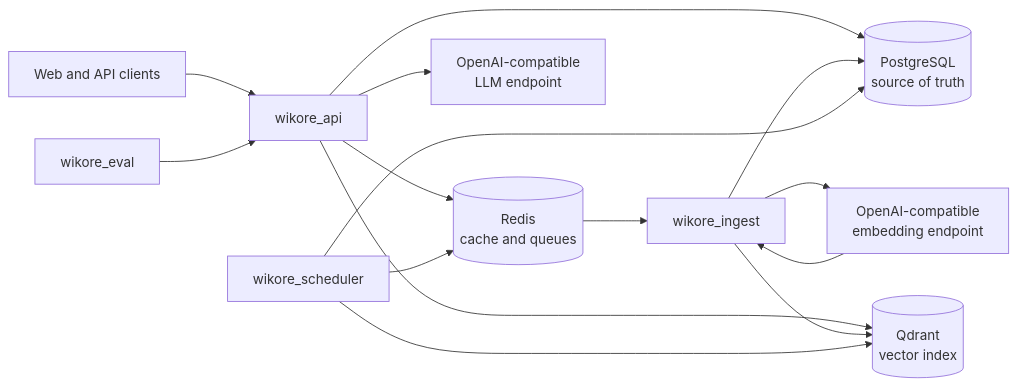
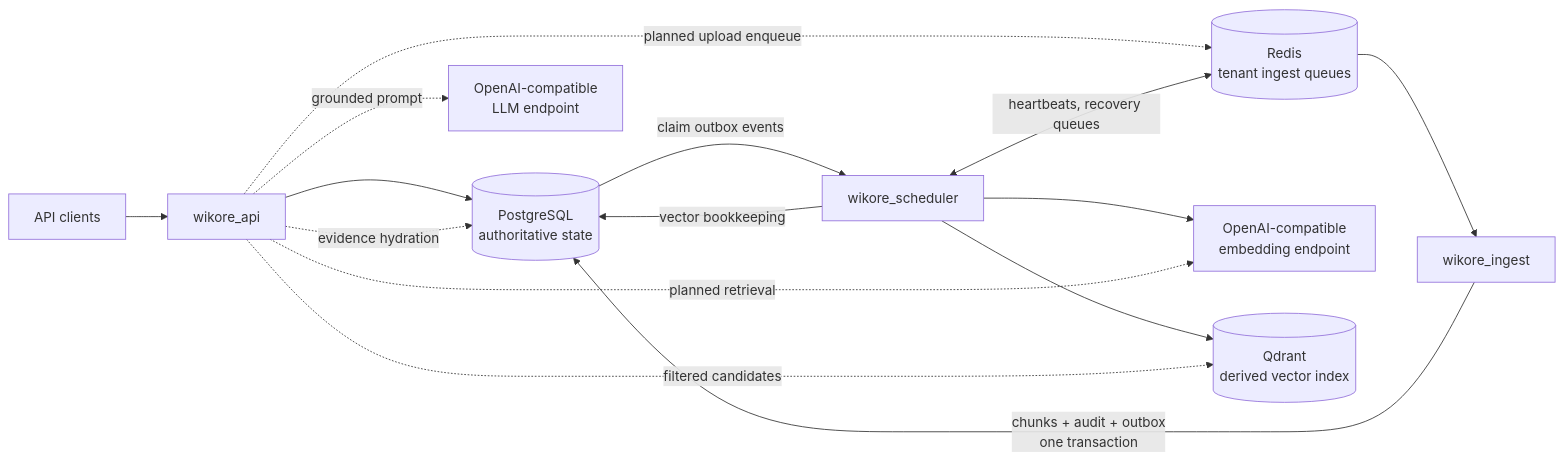
Before and after one commit to localrun-ai/mohio: the diagram in README.md, drawn with Mermaid. The commit also changed other lines of this file and 3 other files, not shown here.

````diff
--- a/README.md
+++ b/README.md
@@ -17,20 +20,21 @@
 ```mermaid
 flowchart LR
-    Client[Web and API clients] --> API[wikore_api]
-    Eval[wikore_eval] --> API
+    Client[API clients] --> API[wikore_api]
+    API --> PG[(PostgreSQL<br/>authoritative state)]
+    API -. planned upload enqueue .-> Queue[(Redis<br/>tenant ingest queues)]
 
-    API --> PG[(PostgreSQL<br/>source of truth)]
-    API --> Redis[(Redis<br/>cache and queues)]
-    API --> Qdrant[(Qdrant<br/>vector index)]
-    API --> LLM[OpenAI-compatible<br/>LLM endpoint]
+    Queue --> Ingest[wikore_ingest]
+    Ingest -->|chunks + audit + outbox<br/>one transaction| PG
 
-    Redis --> Ingest[wikore_ingest]
-    Ingest --> PG
-    Ingest --> Embed[OpenAI-compatible<br/>embedding endpoint]
-    Embed --> Ingest
-    Ingest --> Qdrant
+    PG -->|claim outbox events| Scheduler[wikore_scheduler]
+    Scheduler --> Embed[OpenAI-compatible<br/>embedding endpoint]
+    Scheduler --> Qdrant[(Qdrant<br/>derived vector index)]
+    Scheduler -->|vector bookkeeping| PG
 
-    Scheduler[wikore_scheduler] --> PG
-    Scheduler --> Redis
-    Scheduler --> Qdrant
+    Scheduler <-->|heartbeats, recovery queues| Queue
+
+    API -. planned retrieval .-> Embed
+    API -. filtered candidates .-> Qdrant
+    API -. evidence hydration .-> PG
+    API -. grounded prompt .-> LLM[OpenAI-compatible<br/>LLM endpoint]
 ```
````
